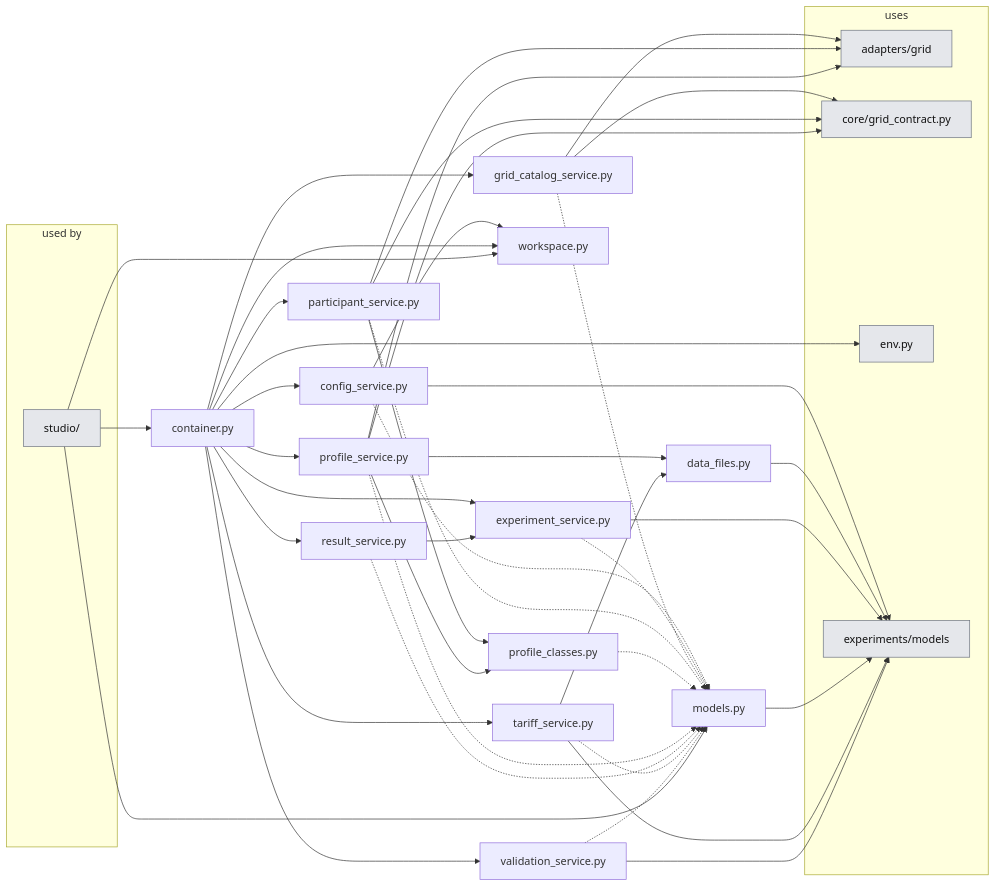
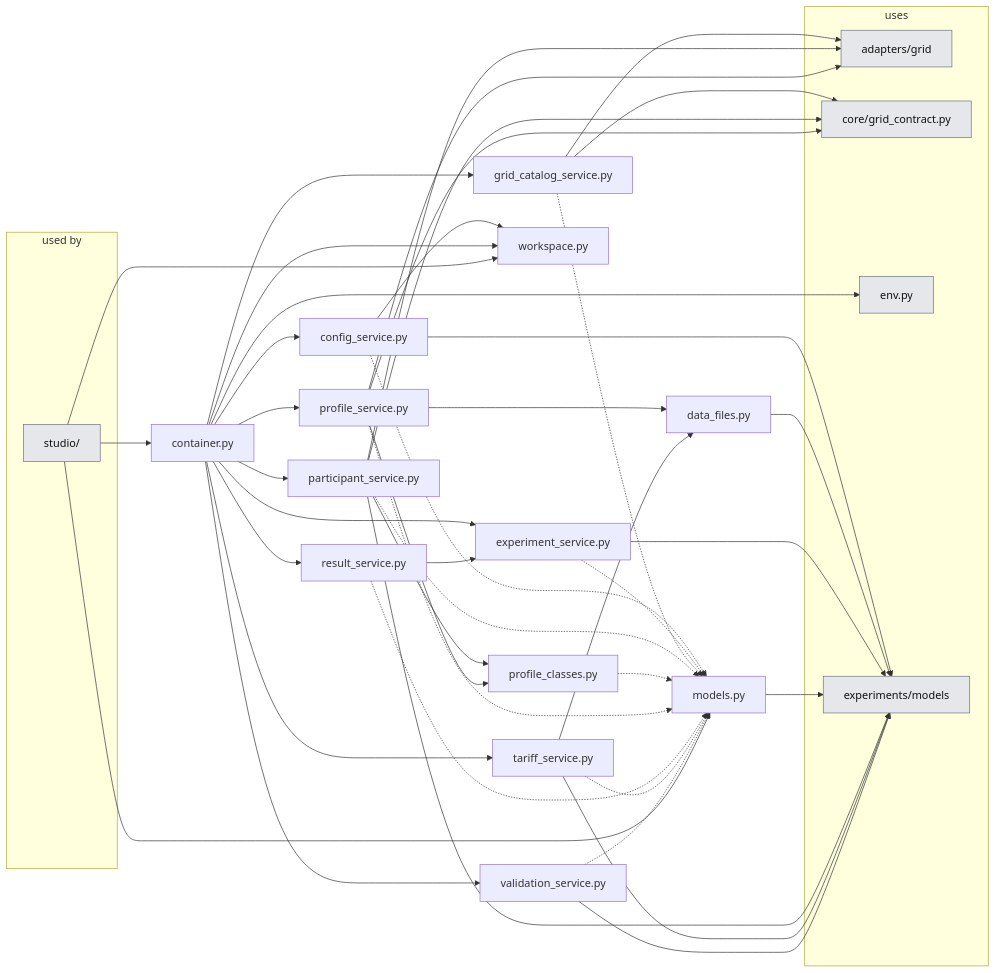
Before and after one commit to KevinRapo/P2P-thesis: the second of 2 diagrams in docs_thesis/thesis/architecture/04-application-layer.md, drawn with Mermaid. The commit also changed 24 other files, not shown here.

````diff
--- a/docs_thesis/thesis/architecture/04-application-layer.md
+++ b/docs_thesis/thesis/architecture/04-application-layer.md
@@ -63,66 +63,67 @@
 ```mermaid
 flowchart LR
   subgraph USERS["used by"]
     n_studio__users_["studio/"]:::ext
   end
   n_application_config_service["config_service.py"]
   n_application_container["container.py"]
   n_application_data_files["data_files.py"]
   n_application_experiment_service["experiment_service.py"]
   n_application_grid_catalog_service["grid_catalog_service.py"]
   n_application_models["models.py"]
   n_application_participant_service["participant_service.py"]
   n_application_profile_classes["profile_classes.py"]
   n_application_profile_service["profile_service.py"]
   n_application_result_service["result_service.py"]
   n_application_tariff_service["tariff_service.py"]
   n_application_validation_service["validation_service.py"]
   n_application_workspace["workspace.py"]
   subgraph USES["uses"]
     n_adapters_grid["adapters/grid"]:::ext
     n_core_grid_contract["core/grid_contract.py"]:::ext
     n_env["env.py"]:::ext
     n_experiments_models["experiments/models"]:::ext
   end
   n_application_config_service -.-> n_application_models
   n_application_config_service --> n_application_workspace
   n_application_config_service --> n_experiments_models
   n_application_container --> n_application_config_service
   n_application_container --> n_application_experiment_service
   n_application_container --> n_application_grid_catalog_service
   n_application_container --> n_application_participant_service
   n_application_container --> n_application_profile_service
   n_application_container --> n_application_result_service
   n_application_container --> n_application_tariff_service
   n_application_container --> n_application_validation_service
   n_application_container --> n_application_workspace
   n_application_container --> n_env
   n_application_data_files --> n_experiments_models
   n_application_experiment_service -.-> n_application_models
   n_application_experiment_service --> n_experiments_models
   n_application_grid_catalog_service --> n_adapters_grid
   n_application_grid_catalog_service -.-> n_application_models
   n_application_grid_catalog_service --> n_core_grid_contract
   n_application_models --> n_experiments_models
   n_application_participant_service --> n_adapters_grid
   n_application_participant_service -.-> n_application_models
   n_application_participant_service --> n_application_profile_classes
   n_application_participant_service --> n_core_grid_contract
+  n_application_participant_service --> n_experiments_models
   n_application_profile_classes -.-> n_application_models
   n_application_profile_service --> n_adapters_grid
   n_application_profile_service --> n_application_data_files
   n_application_profile_service -.-> n_application_models
   n_application_profile_service --> n_application_profile_classes
   n_application_profile_service --> n_core_grid_contract
   n_application_result_service --> n_application_experiment_service
   n_application_result_service -.-> n_application_models
   n_application_tariff_service --> n_application_data_files
   n_application_tariff_service -.-> n_application_models
   n_application_tariff_service --> n_experiments_models
   n_application_validation_service -.-> n_application_models
   n_application_validation_service --> n_experiments_models
   n_studio__users_ --> n_application_container
   n_studio__users_ --> n_application_models
   n_studio__users_ --> n_application_workspace
   classDef ext fill:#e5e7eb,stroke:#6b7280,color:#111
 ```
````
